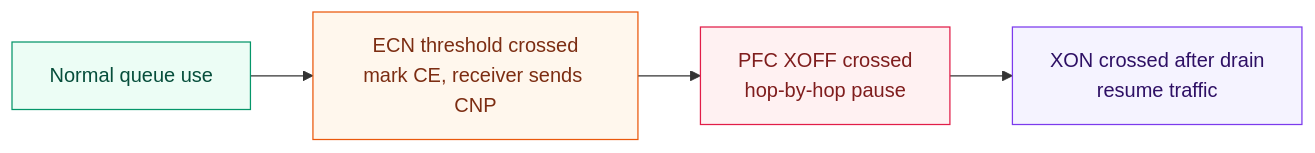
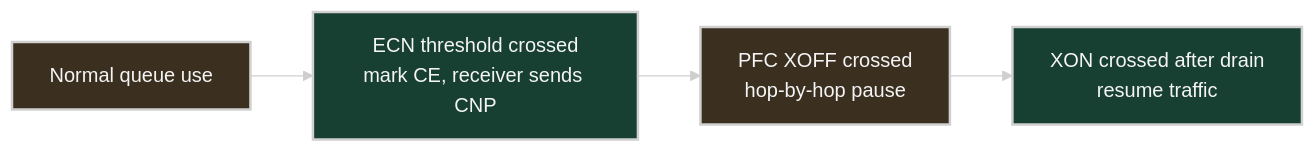
One commit to ziwon/ai-data-center-network changed the fifth of 10 diagrams in ai-data-center-network/chap07/README.md. Above: the diagram before and after it, drawn with Mermaid. The commit also changed other lines of this file and 35 other files, not shown here.

Commit message:
docs(mermaid): apply dark diagram style

````diff
--- a/ai-data-center-network/chap07/README.md
+++ b/ai-data-center-network/chap07/README.md
@@ -450,14 +454,15 @@
 ```mermaid
+%%{init: {"theme": "base", "themeVariables": {"background": "#171717", "primaryColor": "#232323", "primaryTextColor": "#f5f5f5", "primaryBorderColor": "#d0d0d0", "lineColor": "#cfcfcf", "fontFamily": "Inter, Arial, sans-serif"}}}%%
 flowchart LR
-    classDef normal fill:#ecfdf5,stroke:#059669,color:#064e3b
-    classDef ecn fill:#fff7ed,stroke:#ea580c,color:#7c2d12
-    classDef pfc fill:#fff1f2,stroke:#e11d48,color:#7f1d1d
-    classDef restore fill:#f5f3ff,stroke:#7c3aed,color:#2e1065
+    classDef normal fill:#3b2f20,stroke:#d0d0d0,color:#f5f5f5,stroke-width:2px;
+    classDef ecn fill:#173f32,stroke:#d0d0d0,color:#f5f5f5,stroke-width:2px;
+    classDef pfc fill:#3b2f20,stroke:#d0d0d0,color:#f5f5f5,stroke-width:2px;
+    classDef restore fill:#173f32,stroke:#d0d0d0,color:#f5f5f5,stroke-width:2px;
 
     N[Normal queue use]:::normal
     E[ECN threshold crossed<br/>mark CE, receiver sends CNP]:::ecn
     P[PFC XOFF crossed<br/>hop-by-hop pause]:::pfc
     R[XON crossed after drain<br/>resume traffic]:::restore
 
     N --> E --> P --> R
 ```
````
